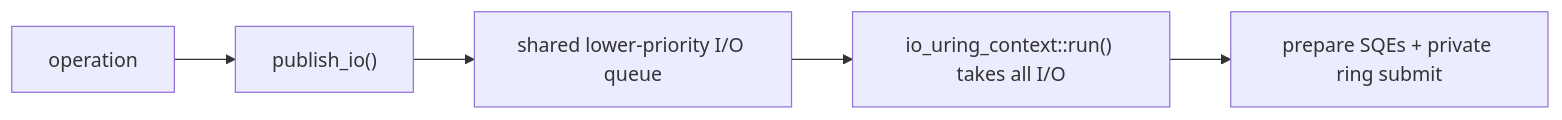
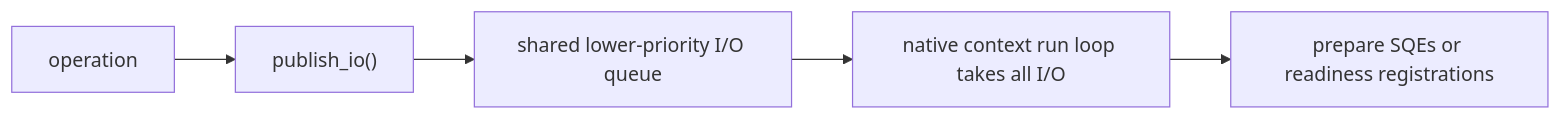
The first of 3 diagrams in docs/design/architecture/io-context-layer.md (haomingbai/bnio), drawn with Mermaid before and after one commit. The commit also changed other lines of this file and 75 other files, not shown here.

````diff
--- a/docs/design/architecture/io-context-layer.md
+++ b/docs/design/architecture/io-context-layer.md
@@ -33,7 +34,7 @@
 ```mermaid
 graph LR
     I["operation"] --> E["publish_io()"]
     E --> Q["shared lower-priority I/O queue"]
-    Q --> W["io_uring_context::run() takes all I/O"]
-    W --> U["prepare SQEs + private ring submit"]
+    Q --> W["native context run loop takes all I/O"]
+    W --> U["prepare SQEs or readiness registrations"]
 ```
````
